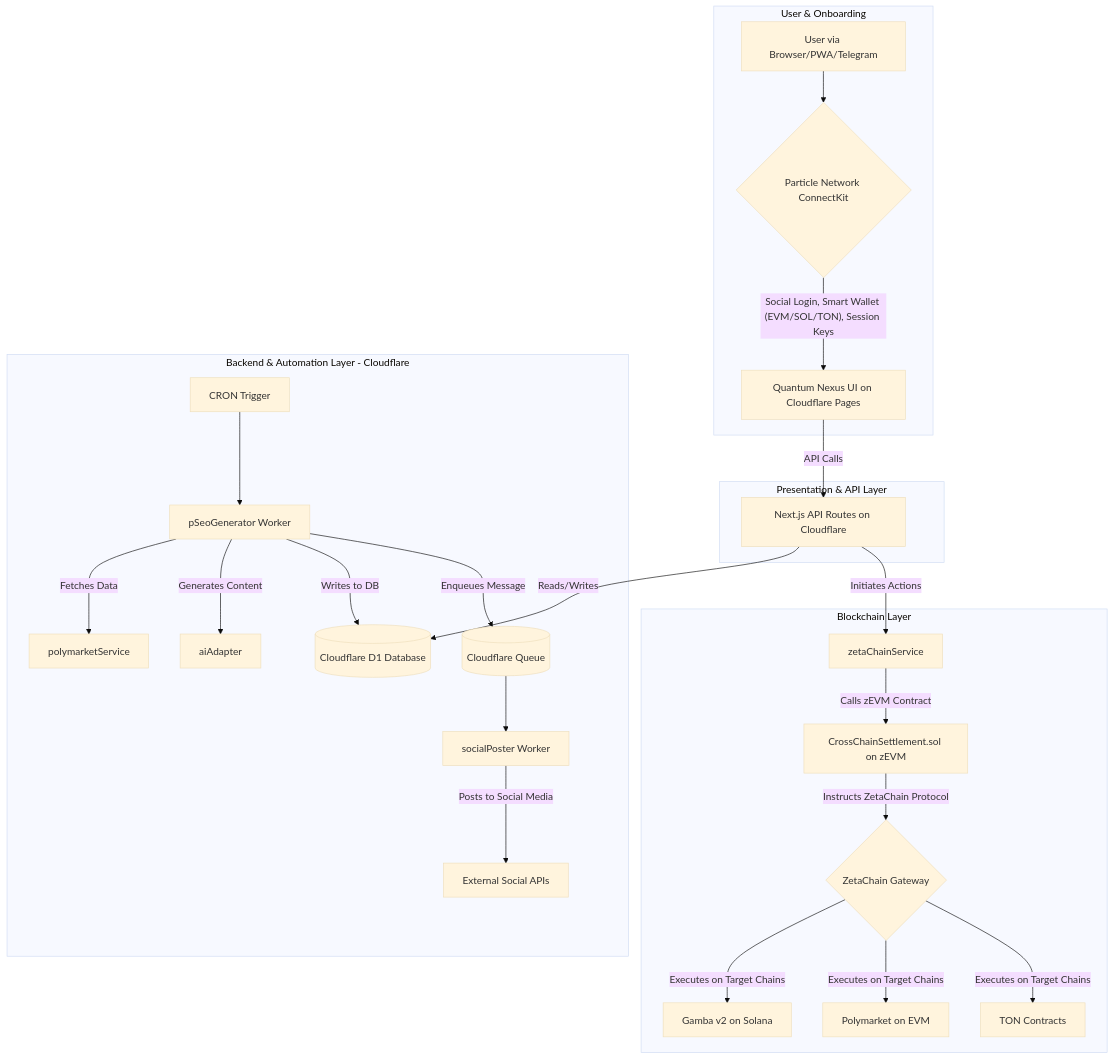
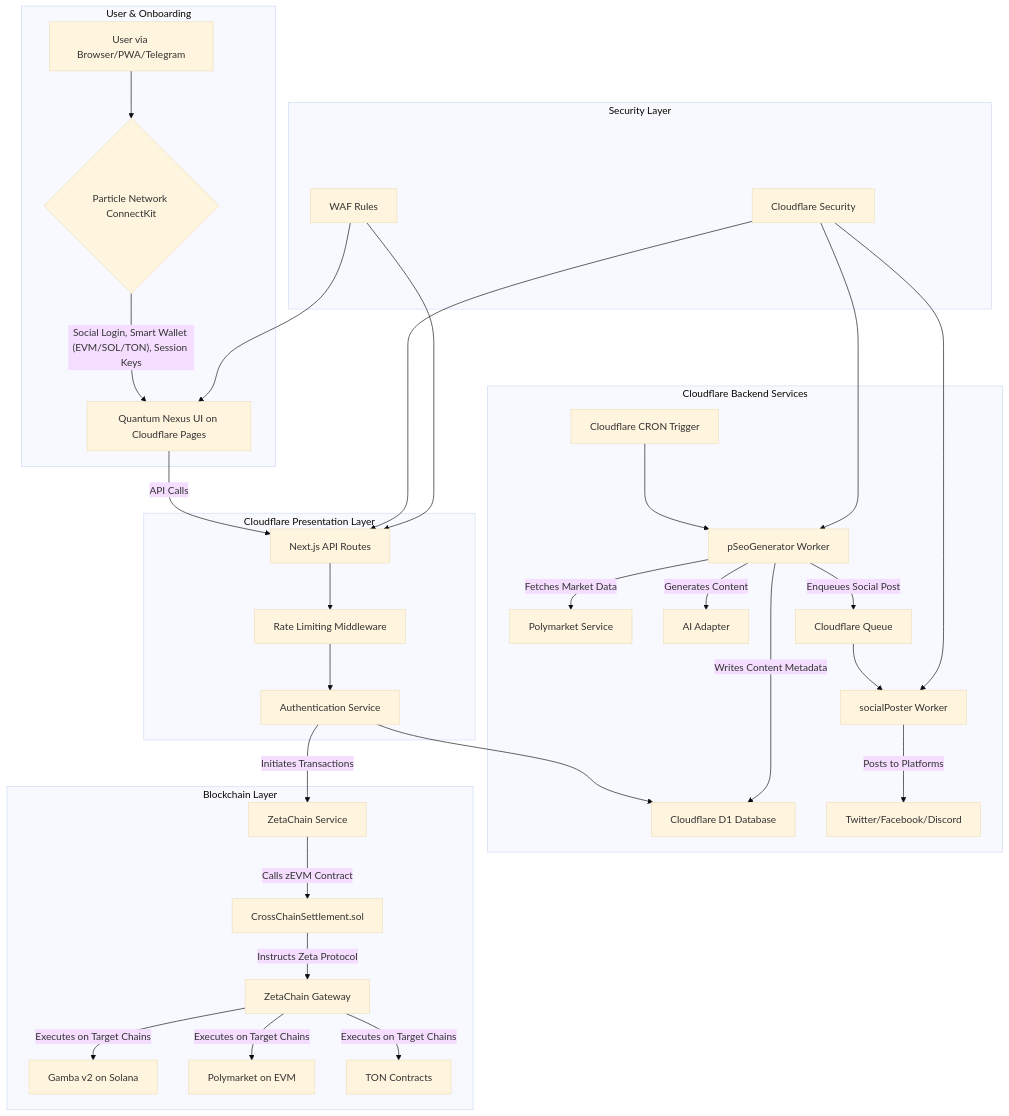
One commit to randy888chan/gaming changed the diagram in docs/architecture/architecture.md. Above: the diagram before and after it, drawn with Mermaid (base theme). The commit also changed other lines of this file and 12 other files, not shown here.

````diff
--- a/docs/architecture/architecture.md
+++ b/docs/architecture/architecture.md
@@ -9,31 +16,41 @@
 ```mermaid
 graph TD
     subgraph User & Onboarding
         A[User via Browser/PWA/Telegram] --> B{Particle Network ConnectKit};
         B -- "Social Login, Smart Wallet (EVM/SOL/TON), Session Keys" --> C[Quantum Nexus UI on Cloudflare Pages];
     end
 
-    subgraph Presentation & API Layer
-        C -- "API Calls" --> D[Next.js API Routes on Cloudflare];
+    subgraph Cloudflare Presentation Layer
+        C -- "API Calls" --> D[Next.js API Routes];
+        D --> E[Rate Limiting Middleware];
+        E --> F[Authentication Service];
     end
 
-    subgraph Backend & Automation Layer - Cloudflare
-        F[CRON Trigger] --> pSEO_Worker[pSeoGenerator Worker];
-        pSEO_Worker -- "Fetches Data" --> polymarketService[polymarketService];
-        pSEO_Worker -- "Generates Content" --> aiAdapter[aiAdapter];
-        pSEO_Worker -- "Writes to DB" --> D1[(Cloudflare D1 Database)];
-        pSEO_Worker -- "Enqueues Message" --> Queue[(Cloudflare Queue)];
-        Queue --> Social_Worker[socialPoster Worker];
-        Social_Worker -- "Posts to Social Media" --> ExternalAPIs[External Social APIs];
-        D -- "Reads/Writes" --> D1;
+    subgraph Cloudflare Backend Services
+        F --> G[Cloudflare D1 Database];
+        H[Cloudflare CRON Trigger] --> I[pSeoGenerator Worker];
+        I -- "Fetches Market Data" --> J[Polymarket Service];
+        I -- "Generates Content" --> K[AI Adapter];
+        I -- "Writes Content Metadata" --> G;
+        I -- "Enqueues Social Post" --> L[Cloudflare Queue];
+        L --> M[socialPoster Worker];
+        M -- "Posts to Platforms" --> N[Twitter/Facebook/Discord];
     end
 
     subgraph Blockchain Layer
-        D -- "Initiates Actions" --> zetaChainService[zetaChainService];
-        zetaChainService -- "Calls zEVM Contract" --> UniversalContract[CrossChainSettlement.sol on zEVM];
-        UniversalContract -- "Instructs ZetaChain Protocol" --> ZetaGateway{ZetaChain Gateway};
-        ZetaGateway -- "Executes on Target Chains" --> Gamba[Gamba v2 on Solana];
-        ZetaGateway -- "Executes on Target Chains" --> Polymarket[Polymarket on EVM];
-        ZetaGateway -- "Executes on Target Chains" --> TONContracts[TON Contracts];
+        F -- "Initiates Transactions" --> O[ZetaChain Service];
+        O -- "Calls zEVM Contract" --> P[CrossChainSettlement.sol];
+        P -- "Instructs Zeta Protocol" --> Q[ZetaChain Gateway];
+        Q -- "Executes on Target Chains" --> R[Gamba v2 on Solana];
+        Q -- "Executes on Target Chains" --> S[Polymarket on EVM];
+        Q -- "Executes on Target Chains" --> T[TON Contracts];
+    end
+
+    subgraph Security Layer
+        U[Cloudflare Security] --> D;
+        U --> I;
+        U --> M;
+        V[WAF Rules] --> C;
+        V --> D;
     end
 ```
````
